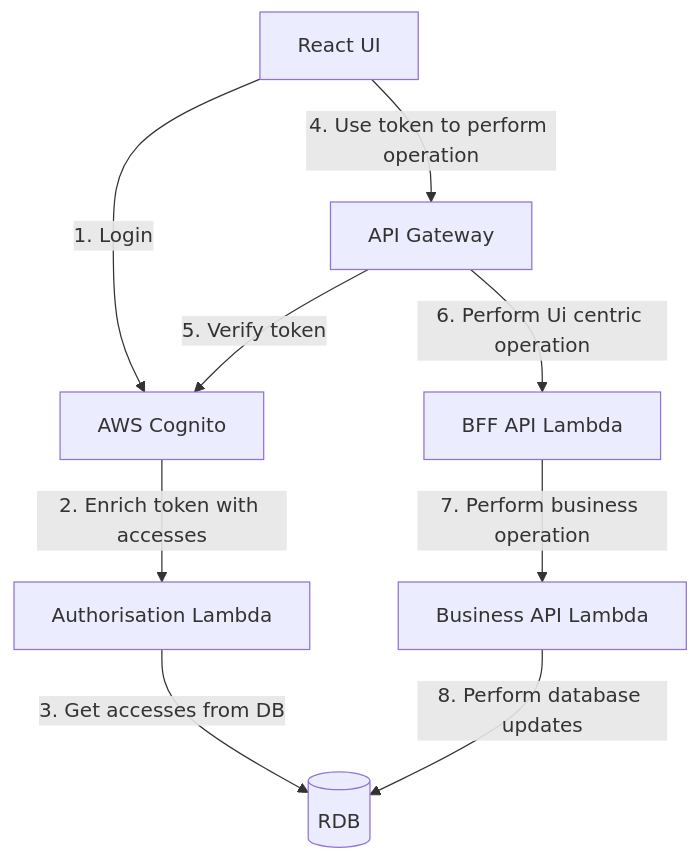
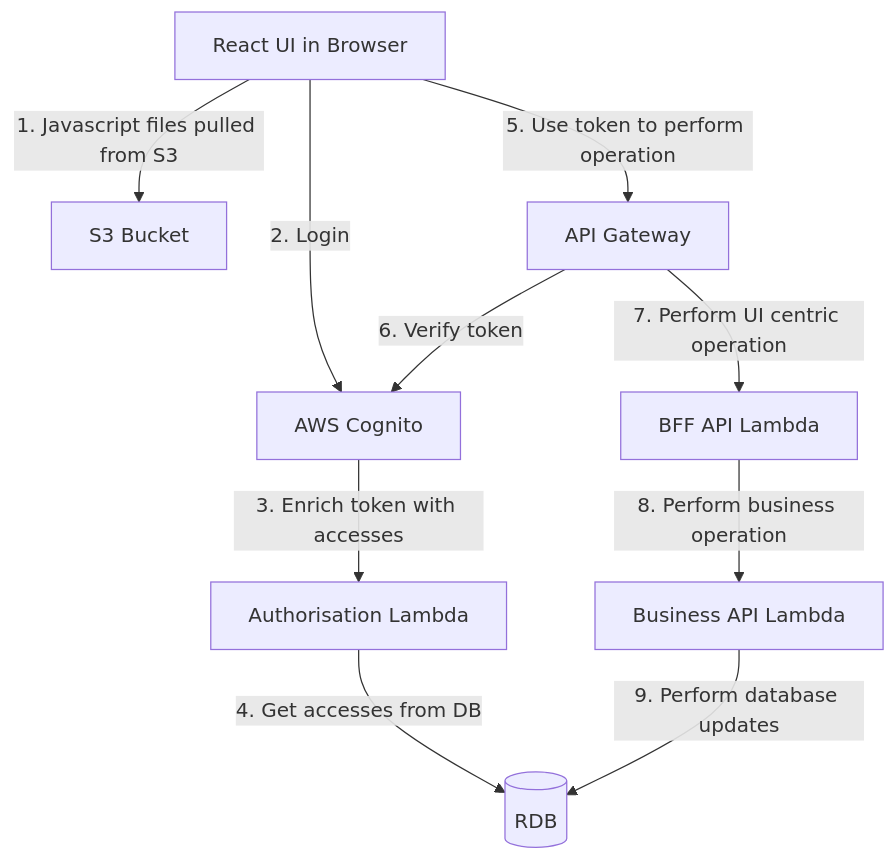
The diagram in feature/sample_feature_1/design/design.md (pwgith/base), drawn with Mermaid before and after one commit.

Commit message:
update design

````diff
--- a/feature/sample_feature_1/design/design.md
+++ b/feature/sample_feature_1/design/design.md
@@ -1,19 +1,21 @@
 ```mermaid
 graph TD;
-    UI[React UI]
+    UI[React UI in Browser]
+    S3[S3 Bucket]
     Cognito[AWS Cognito]
     Gateway[API Gateway]
     Authorisation[Authorisation Lambda]
     BFF[BFF API Lambda]
     BAPI[Business API Lambda]
     DB[(RDB)]
 
-    UI-->|1. Login|Cognito
-    Cognito-->|2. Enrich token with accesses|Authorisation
-    Authorisation-->|3. Get accesses from DB|DB
-    UI-->|4. Use token to perform operation|Gateway
-    Gateway-->|5. Verify token|Cognito
-    Gateway-->|6. Perform Ui centric operation|BFF
-    BFF-->|7. Perform business operation|BAPI
-    BAPI-->|8. Perform database updates|DB
+    UI-->|1. Javascript files pulled from S3|S3
+    UI-->|2. Login|Cognito
+    Cognito-->|3. Enrich token with accesses|Authorisation
+    Authorisation-->|4. Get accesses from DB|DB
+    UI-->|5. Use token to perform operation|Gateway
+    Gateway-->|6. Verify token|Cognito
+    Gateway-->|7. Perform UI centric operation|BFF
+    BFF-->|8. Perform business operation|BAPI
+    BAPI-->|9. Perform database updates|DB
 ```
````
